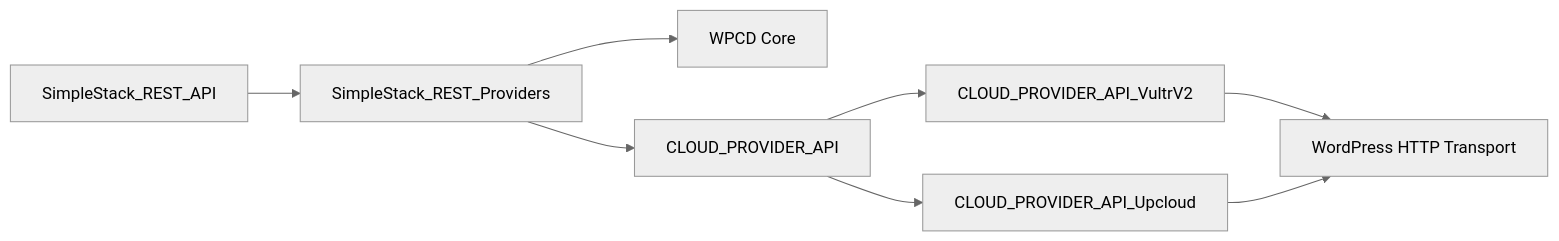
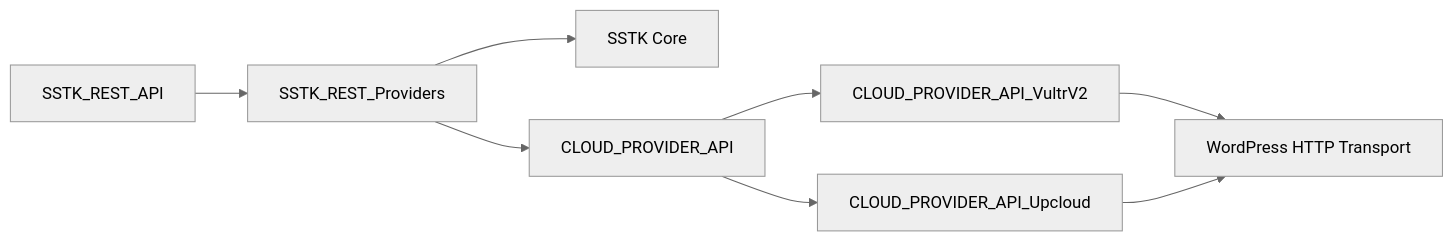
One commit to onedogsolutions/simple-stack changed the fourth of 4 diagrams in .qoder/repowiki/en/content/REST API Reference/Providers API.md. Above: the diagram before and after it, drawn with Mermaid (neutral theme). The commit also changed other lines of this file and 5941 other files, not shown here.

First line of the commit message:
refactor(core): rebrand WPCloudDeploy to Simple Stack with new namespaces and prefixes

````diff
--- a/.qoder/repowiki/en/content/REST API Reference/Providers API.md
+++ b/.qoder/repowiki/en/content/REST API Reference/Providers API.md
@@ -407,10 +407,10 @@
 ```mermaid
 graph LR
-RESTAPI["SimpleStack_REST_API"] --> ProvidersController["SimpleStack_REST_Providers"]
-ProvidersController --> WPCD["WPCD Core"]
+RESTAPI["SSTK_REST_API"] --> ProvidersController["SSTK_REST_Providers"]
+ProvidersController --> SSTK["SSTK Core"]
 ProvidersController --> BaseProvider["CLOUD_PROVIDER_API"]
 BaseProvider --> Vultr["CLOUD_PROVIDER_API_VultrV2"]
 BaseProvider --> Upcloud["CLOUD_PROVIDER_API_Upcloud"]
 Vultr --> WPHTTP["WordPress HTTP Transport"]
 Upcloud --> WPHTTP
 ```
````
